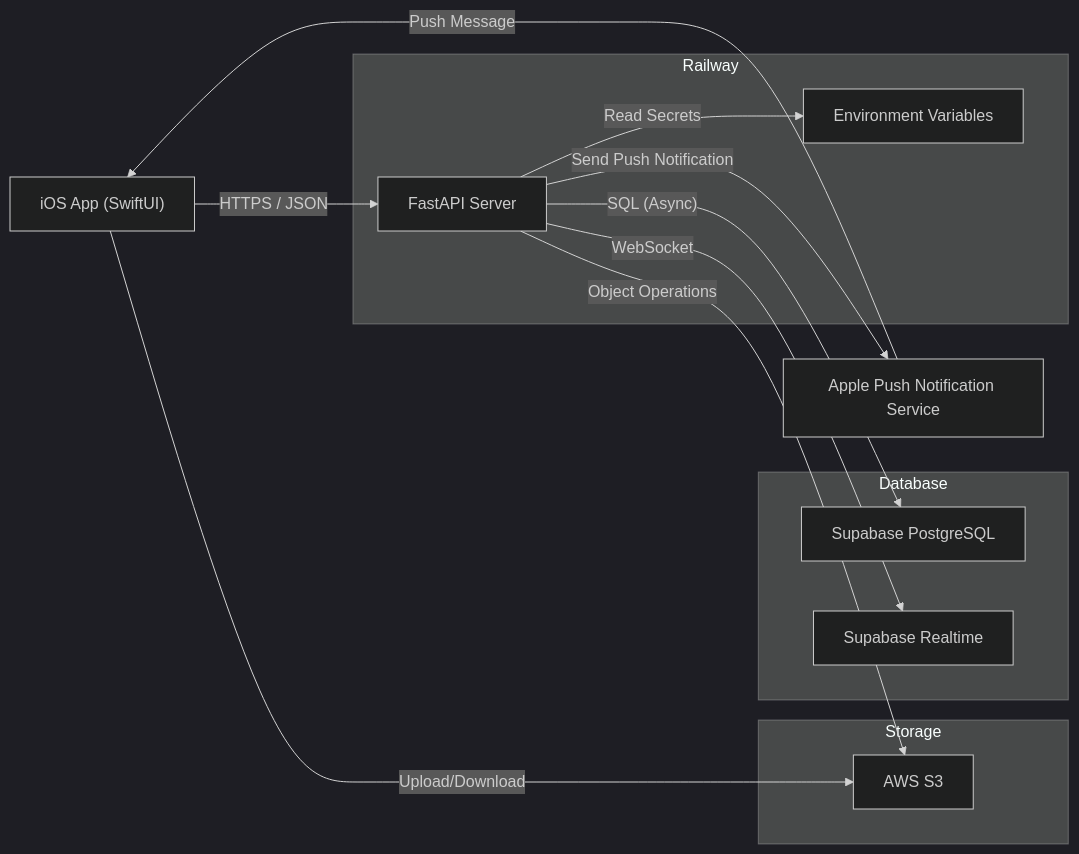
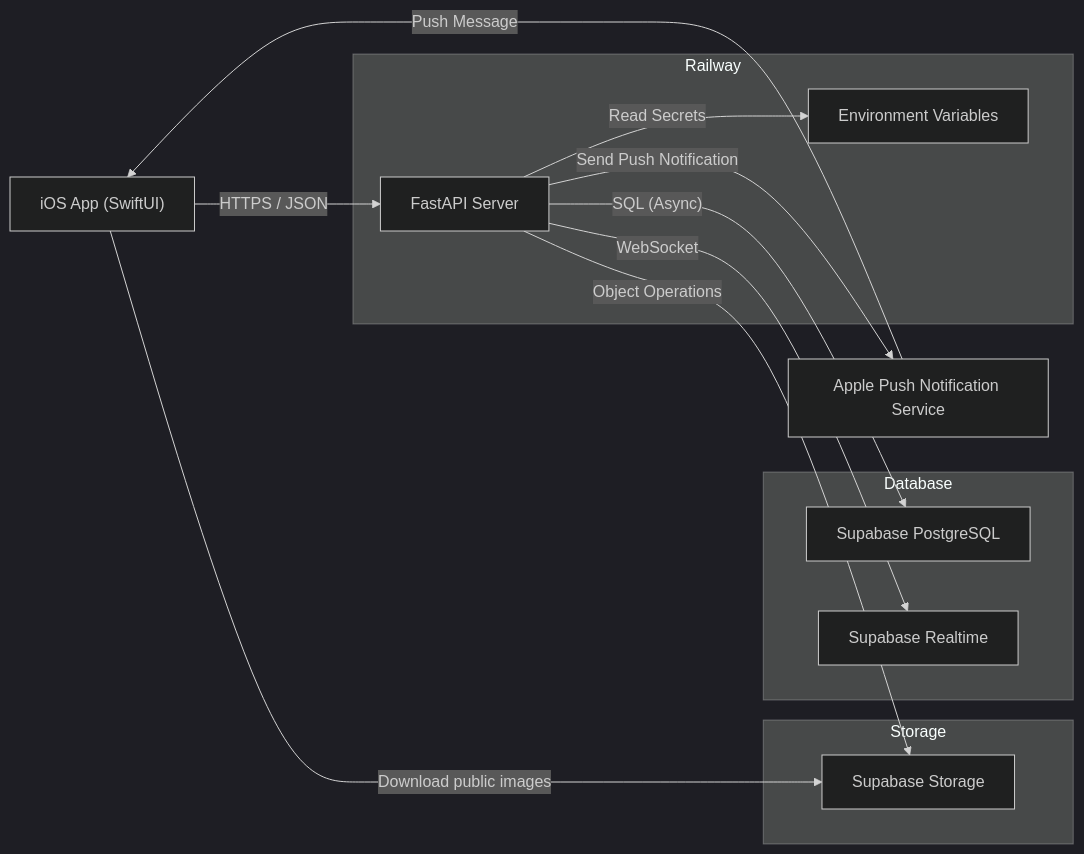
The diagram in puctee-backend/README.md (KojiroTsugaru/puctee-mono), drawn with Mermaid (dark theme) before and after one commit. The commit also changed other lines of this file and 10 other files, not shown here.

Commit message:
Migrate image storage to Supabase (#8)

````diff
--- a/puctee-backend/README.md
+++ b/puctee-backend/README.md
@@ -27,32 +27,32 @@
 ```mermaid
 flowchart LR
     user["iOS App (SwiftUI)"]
     
     subgraph Railway ["Railway"]
         API["FastAPI Server"]
         Env["Environment Variables"]
     end
     
     subgraph Database ["Database"]
         Supabase["Supabase PostgreSQL"]
         Realtime["Supabase Realtime"]
     end
     
     subgraph Storage ["Storage"]
-        S3["AWS S3"]
+        ObjectStorage["Supabase Storage"]
     end
 
     APNs["Apple Push Notification Service"]
 
     %% Request flow
     user -- "HTTPS / JSON" --> API
     API -- "SQL (Async)" --> Supabase
     API -- "WebSocket" --> Realtime
-    API -- "Object Operations" --> S3
+    API -- "Object Operations" --> ObjectStorage
     API -- "Read Secrets" --> Env
-    user -- "Upload/Download" --> S3
+    user -- "Download public images" --> ObjectStorage
 
     %% Notification flow
     API -- "Send Push Notification" --> APNs
     APNs -- "Push Message" --> user
 ```
````
